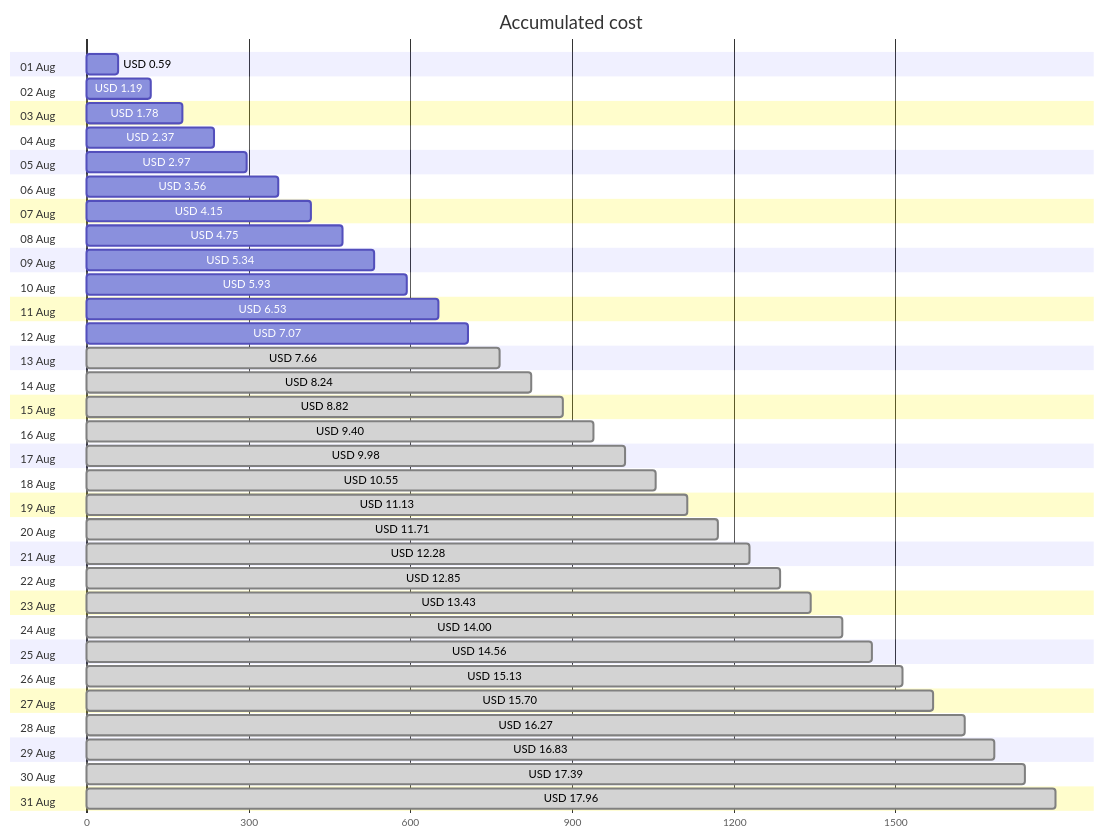
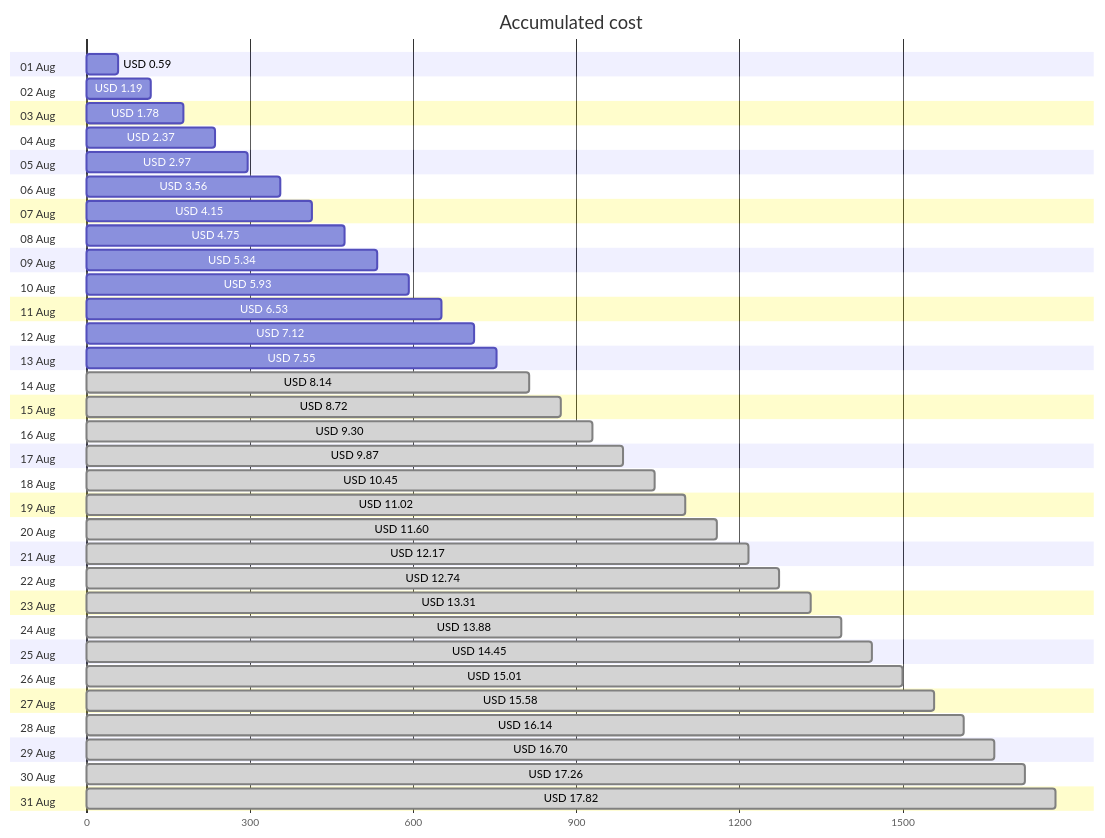
Before and after one commit to jpfulton/azure-personal-reports: the first of 4 diagrams in cost-reports/personal-site/README.md, drawn with Mermaid. The commit also changed other lines of this file and 6 other files, not shown here.

````diff
--- a/cost-reports/personal-site/README.md
+++ b/cost-reports/personal-site/README.md
@@ -20,68 +20,68 @@
 ```mermaid
 gantt
    title Accumulated cost
    dateFormat  X
    axisFormat %s
    section 01 Aug
    USD 0.59 :0, 59
    section 02 Aug
    USD 1.19 :0, 119
    section 03 Aug
    USD 1.78 :0, 178
    section 04 Aug
    USD 2.37 :0, 237
    section 05 Aug
    USD 2.97 :0, 297
    section 06 Aug
    USD 3.56 :0, 356
    section 07 Aug
    USD 4.15 :0, 415
    section 08 Aug
    USD 4.75 :0, 475
    section 09 Aug
    USD 5.34 :0, 534
    section 10 Aug
    USD 5.93 :0, 593
    section 11 Aug
    USD 6.53 :0, 653
    section 12 Aug
-   USD 7.07 :0, 707
+   USD 7.12 :0, 712
    section 13 Aug
-   USD 7.66 : done, 0, 766
+   USD 7.55 :0, 755
    section 14 Aug
-   USD 8.24 : done, 0, 824
+   USD 8.14 : done, 0, 814
    section 15 Aug
-   USD 8.82 : done, 0, 882
+   USD 8.72 : done, 0, 872
    section 16 Aug
-   USD 9.40 : done, 0, 940
+   USD 9.30 : done, 0, 930
    section 17 Aug
-   USD 9.98 : done, 0, 998
+   USD 9.87 : done, 0, 987
    section 18 Aug
-   USD 10.55 : done, 0, 1055
+   USD 10.45 : done, 0, 1045
    section 19 Aug
-   USD 11.13 : done, 0, 1113
+   USD 11.02 : done, 0, 1102
    section 20 Aug
-   USD 11.71 : done, 0, 1171
+   USD 11.60 : done, 0, 1160
    section 21 Aug
-   USD 12.28 : done, 0, 1228
+   USD 12.17 : done, 0, 1217
    section 22 Aug
-   USD 12.85 : done, 0, 1285
+   USD 12.74 : done, 0, 1274
    section 23 Aug
-   USD 13.43 : done, 0, 1343
+   USD 13.31 : done, 0, 1331
    section 24 Aug
-   USD 14.00 : done, 0, 1400
+   USD 13.88 : done, 0, 1388
    section 25 Aug
-   USD 14.56 : done, 0, 1456
+   USD 14.45 : done, 0, 1445
    section 26 Aug
-   USD 15.13 : done, 0, 1513
+   USD 15.01 : done, 0, 1501
    section 27 Aug
-   USD 15.70 : done, 0, 1570
+   USD 15.58 : done, 0, 1558
    section 28 Aug
-   USD 16.27 : done, 0, 1627
+   USD 16.14 : done, 0, 1614
    section 29 Aug
-   USD 16.83 : done, 0, 1683
+   USD 16.70 : done, 0, 1670
    section 30 Aug
-   USD 17.39 : done, 0, 1739
+   USD 17.26 : done, 0, 1726
    section 31 Aug
-   USD 17.96 : done, 0, 1796
+   USD 17.82 : done, 0, 1782
 ```
````
